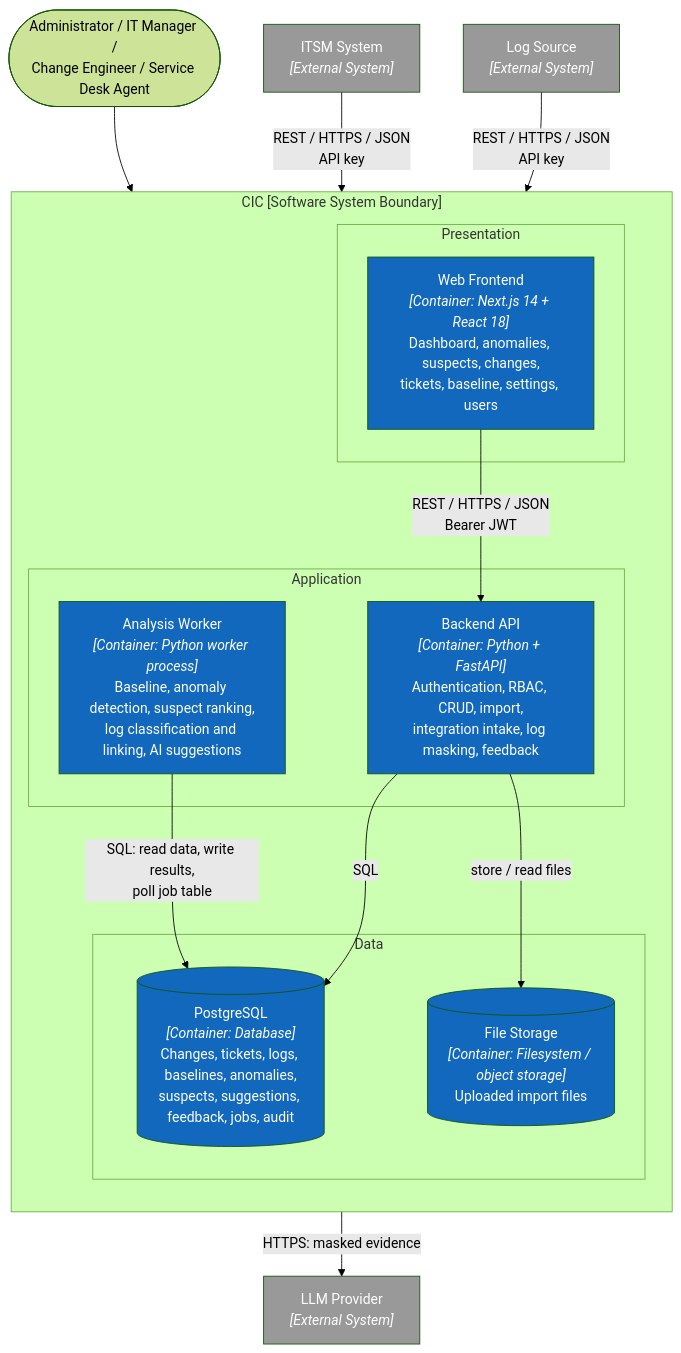
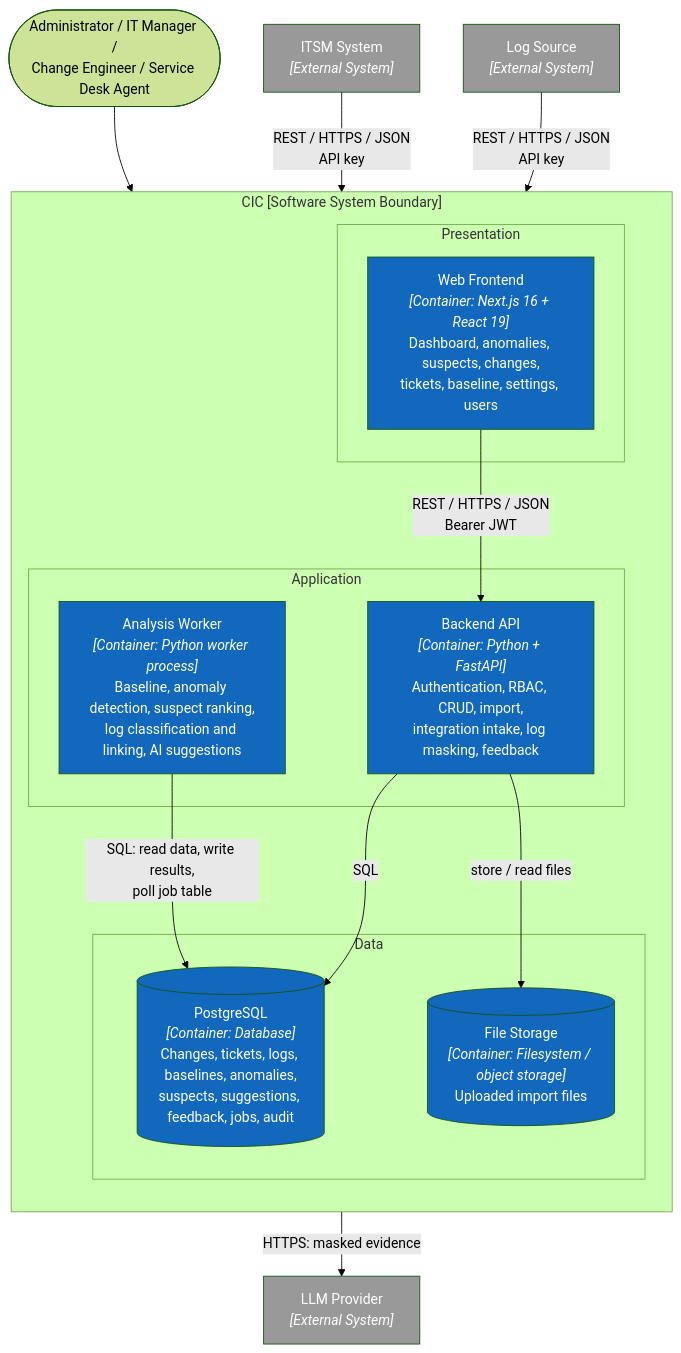
One commit to DuykoNgu/practise changed the fifth of 13 diagrams in README.md. Above: the diagram before and after it, drawn with Mermaid (forest theme). The commit also changed other lines of this file and 2 other files, not shown here.

First line of the commit message:
Use Next.js 16 (latest stable) with React 19 for the frontend

````diff
--- a/README.md
+++ b/README.md
@@ -267,40 +267,40 @@
 ```mermaid
 flowchart TB
     people(["Administrator / IT Manager /<br/>Change Engineer / Service Desk Agent"])
     itsm["ITSM System<br/><i>[External System]</i>"]
     logsrc["Log Source<br/><i>[External System]</i>"]
     llm["LLM Provider<br/><i>[External System]</i>"]
 
     subgraph platform["CIC [Software System Boundary]"]
         direction TB
         subgraph presentation["Presentation"]
-            web["Web Frontend<br/><i>[Container: Next.js 14 + React 18]</i><br/>Dashboard, anomalies, suspects, changes,<br/>tickets, baseline, settings, users"]
+            web["Web Frontend<br/><i>[Container: Next.js 16 + React 19]</i><br/>Dashboard, anomalies, suspects, changes,<br/>tickets, baseline, settings, users"]
         end
         subgraph application["Application"]
             api["Backend API<br/><i>[Container: Python + FastAPI]</i><br/>Authentication, RBAC, CRUD, import,<br/>integration intake, log masking, feedback"]
             worker["Analysis Worker<br/><i>[Container: Python worker process]</i><br/>Baseline, anomaly detection, suspect ranking,<br/>log classification and linking, AI suggestions"]
         end
         subgraph data["Data"]
             db[("PostgreSQL<br/><i>[Container: Database]</i><br/>Changes, tickets, logs, baselines, anomalies,<br/>suspects, suggestions, feedback, jobs, audit")]
             files[("File Storage<br/><i>[Container: Filesystem / object storage]</i><br/>Uploaded import files")]
         end
     end
 
     people --> web
     web -- "REST / HTTPS / JSON<br/>Bearer JWT" --> api
     itsm -- "REST / HTTPS / JSON<br/>API key" --> api
     logsrc -- "REST / HTTPS / JSON<br/>API key" --> api
     api -- "SQL" --> db
     api -- "store / read files" --> files
     worker -- "SQL: read data, write results,<br/>poll job table" --> db
     worker -- "HTTPS: masked evidence" --> llm
 
     style web fill:#1168bd,color:#fff
     style api fill:#1168bd,color:#fff
     style worker fill:#1168bd,color:#fff
     style db fill:#1168bd,color:#fff
     style files fill:#1168bd,color:#fff
     style itsm fill:#999,color:#fff
     style logsrc fill:#999,color:#fff
     style llm fill:#999,color:#fff
 ```
````
